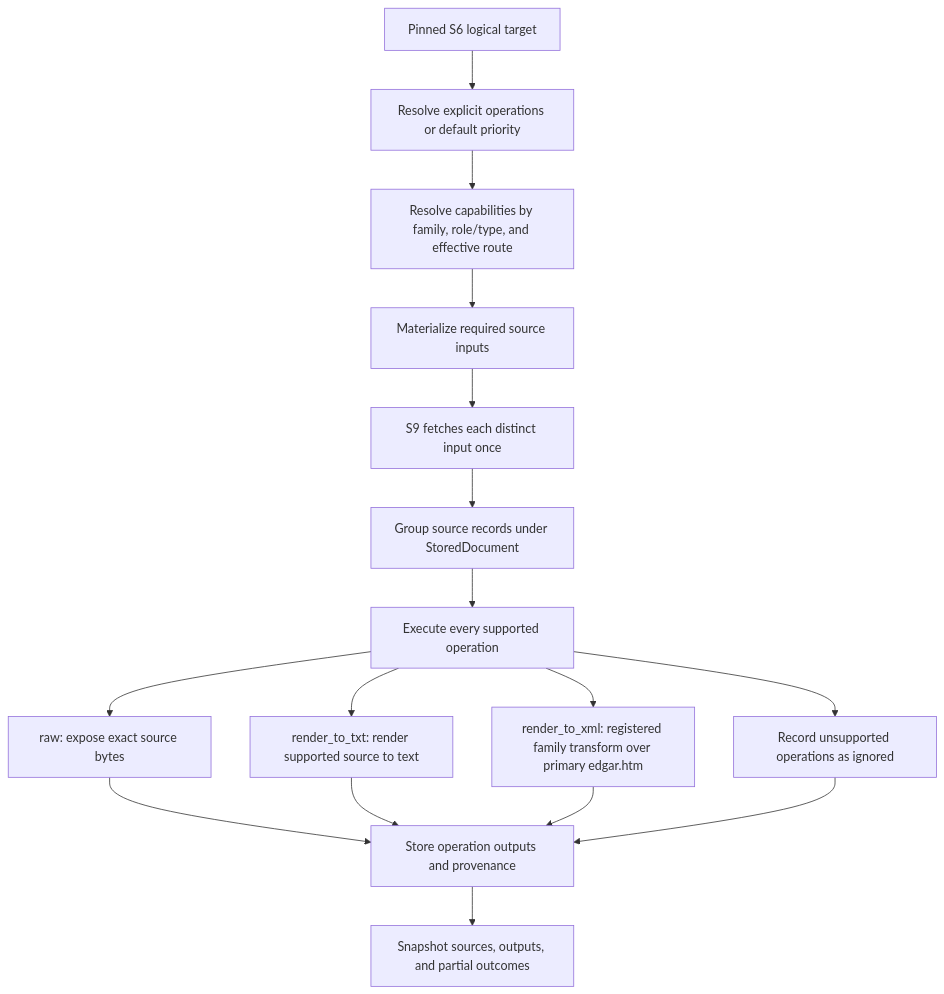
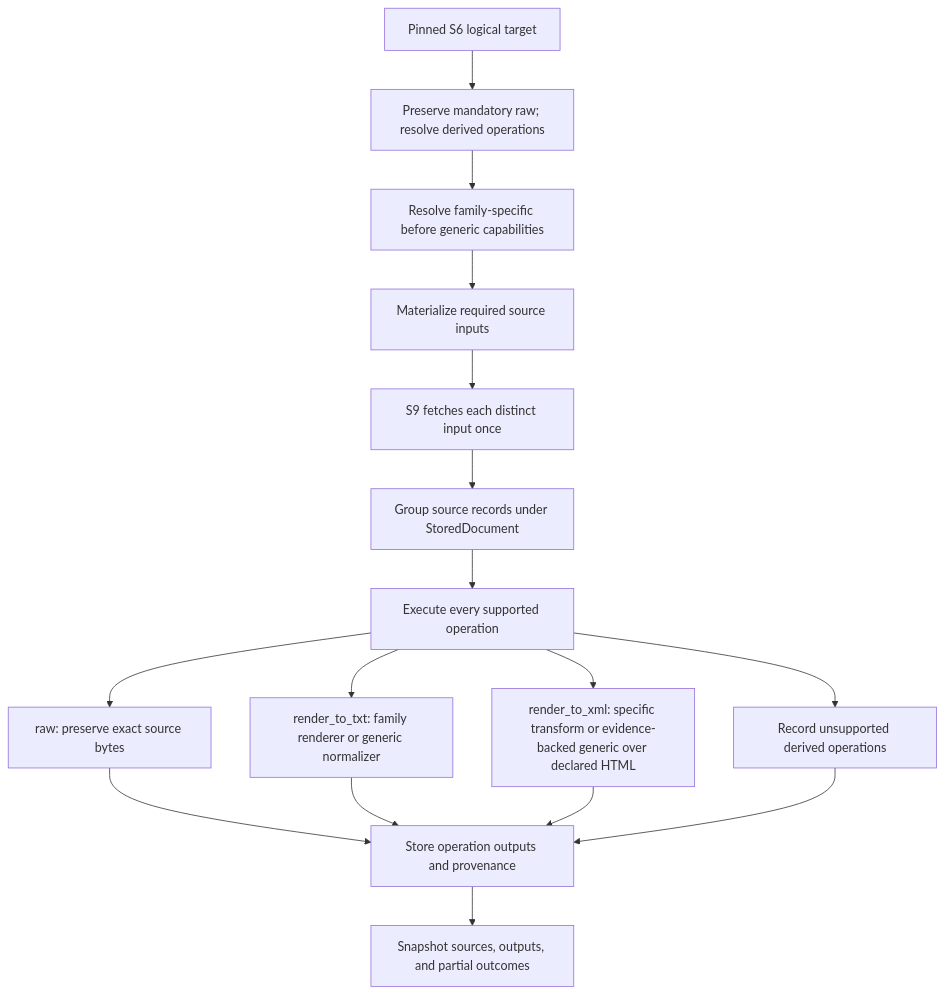
The diagram in roadmap/accession_document_flow/subplans/document_acquisition/processing_decision_tree.md (DerivedFunction01/edgar-sec), drawn with Mermaid before and after one commit. The commit also changed other lines of this file and 16 other files, not shown here.

Commit message:
update accession document flow implementation plans and acquisition decision trees with upcoming S6, S9, and S10 policy specifications

````diff
--- a/roadmap/accession_document_flow/subplans/document_acquisition/processing_decision_tree.md
+++ b/roadmap/accession_document_flow/subplans/document_acquisition/processing_decision_tree.md
@@ -91,20 +98,20 @@
 ```mermaid
 flowchart TD
-    TARGET["Pinned S6 logical target"] --> OPS["Resolve explicit operations or default priority"]
-    OPS --> CAP["Resolve capabilities by family, role/type, and effective route"]
+    TARGET["Pinned S6 logical target"] --> OPS["Preserve mandatory raw; resolve derived operations"]
+    OPS --> CAP["Resolve family-specific before generic capabilities"]
     CAP --> SOURCES["Materialize required source inputs"]
     SOURCES --> FETCH["S9 fetches each distinct input once"]
     FETCH --> GROUP["Group source records under StoredDocument"]
     GROUP --> RUN["Execute every supported operation"]
 
-    RUN --> RAW["raw: expose exact source bytes"]
-    RUN --> TXT["render_to_txt: render supported source to text"]
-    RUN --> XML["render_to_xml: registered family transform over primary edgar.htm"]
-    RUN --> IGNORE["Record unsupported operations as ignored"]
+    RUN --> RAW["raw: preserve exact source bytes"]
+    RUN --> TXT["render_to_txt: family renderer or generic normalizer"]
+    RUN --> XML["render_to_xml: specific transform or evidence-backed generic over declared HTML"]
+    RUN --> UNSUPPORTED["Record unsupported derived operations"]
 
     RAW --> OUTPUT["Store operation outputs and provenance"]
     TXT --> OUTPUT
     XML --> OUTPUT
-    IGNORE --> OUTPUT
+    UNSUPPORTED --> OUTPUT
     OUTPUT --> SNAPSHOT["Snapshot sources, outputs, and partial outcomes"]
 ```
````
